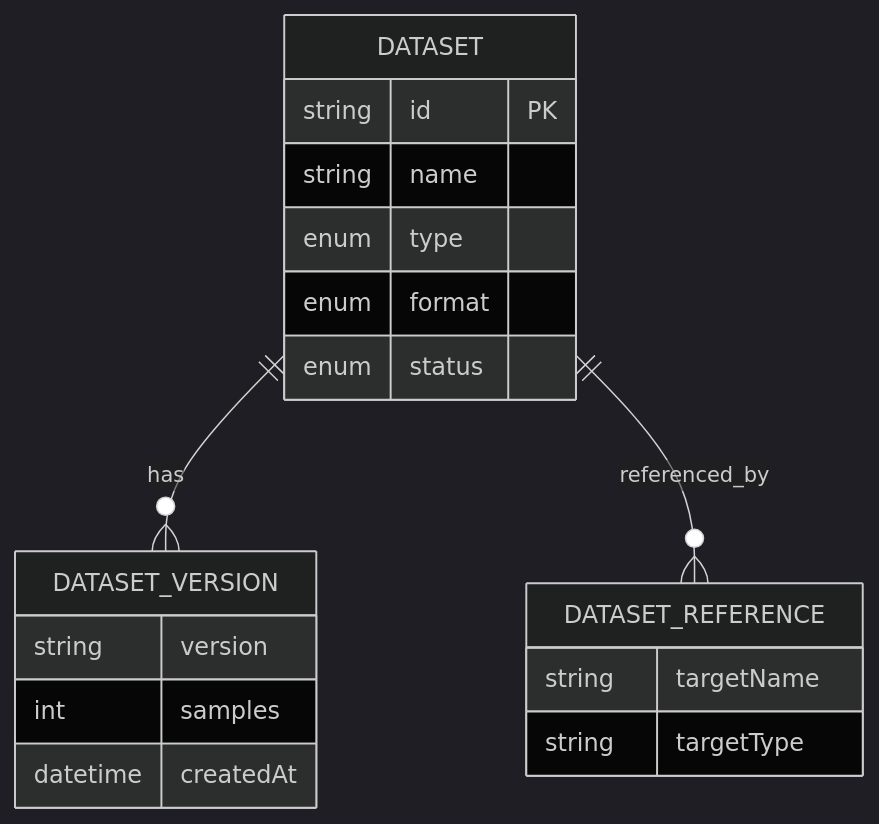
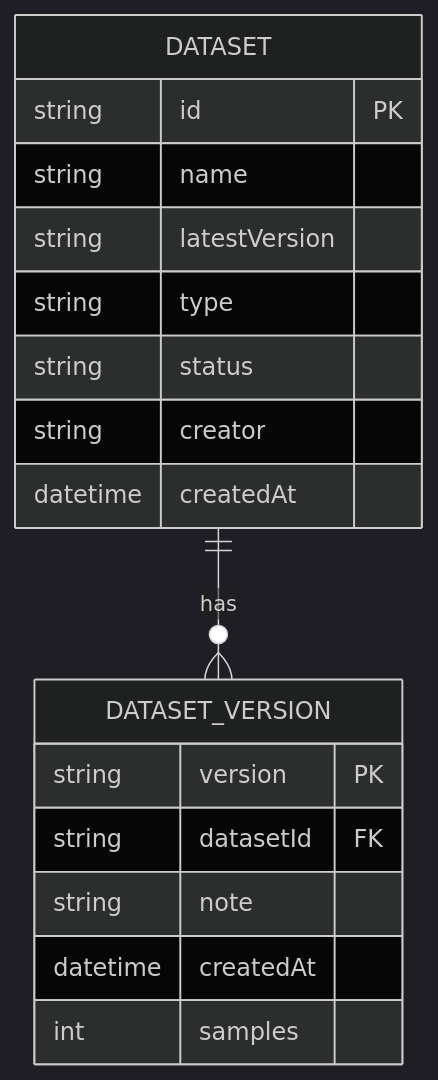
Before and after one commit to MeehanCole/prototype-platform: the first of 4 diagrams in src/pages/算力加速平台/数据管理/数据集管理/prd.md, drawn with Mermaid (dark theme). The commit also changed other lines of this file and 23 other files, not shown here.

````diff
--- a/src/pages/算力加速平台/数据管理/数据集管理/prd.md
+++ b/src/pages/算力加速平台/数据管理/数据集管理/prd.md
@@ -181,21 +232,20 @@
 ```mermaid
 erDiagram
-    DATASET ||--o{ DATASET_VERSION : has
-    DATASET ||--o{ DATASET_REFERENCE : referenced_by
-    DATASET {
-        string id PK
-        string name
-        enum type
-        enum format
-        enum status
-    }
-    DATASET_VERSION {
-        string version
-        int samples
-        datetime createdAt
-    }
-    DATASET_REFERENCE {
-        string targetName
-        string targetType
-    }
+  DATASET ||--o{ DATASET_VERSION : has
+  DATASET {
+    string id PK
+    string name
+    string latestVersion
+    string type
+    string status
+    string creator
+    datetime createdAt
+  }
+  DATASET_VERSION {
+    string version PK
+    string datasetId FK
+    string note
+    datetime createdAt
+    int samples
+  }
 ```
````
